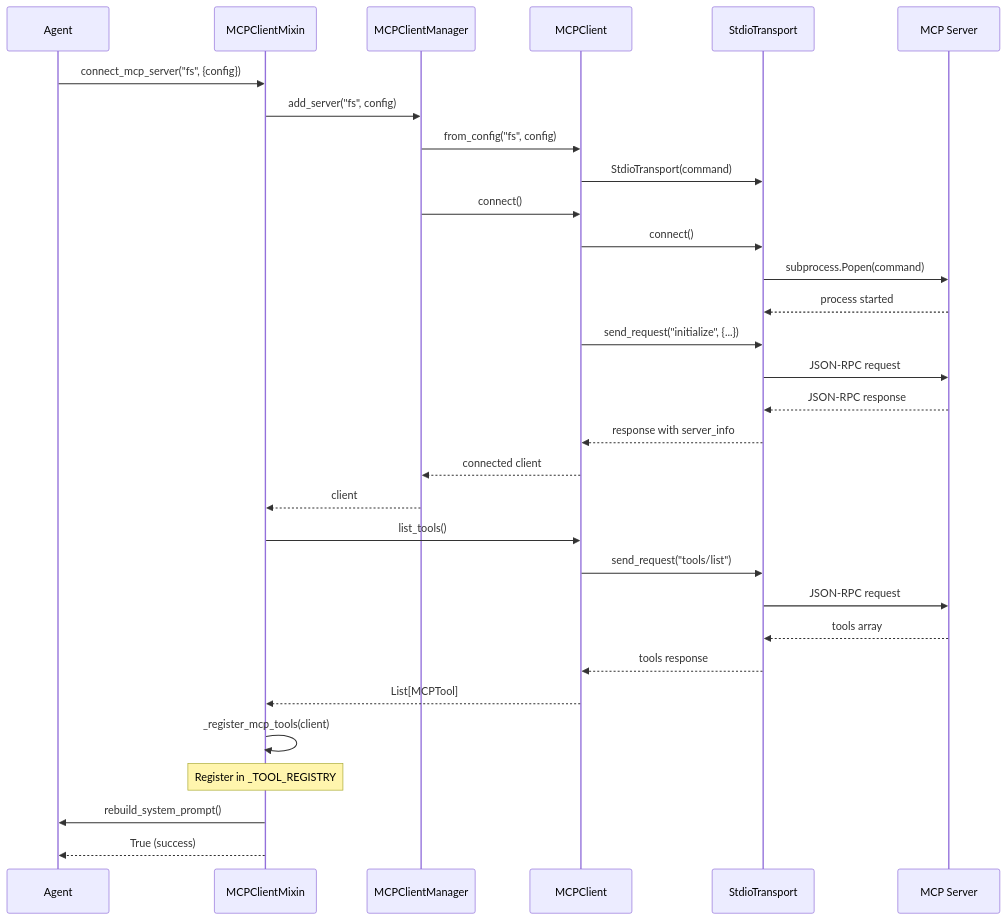
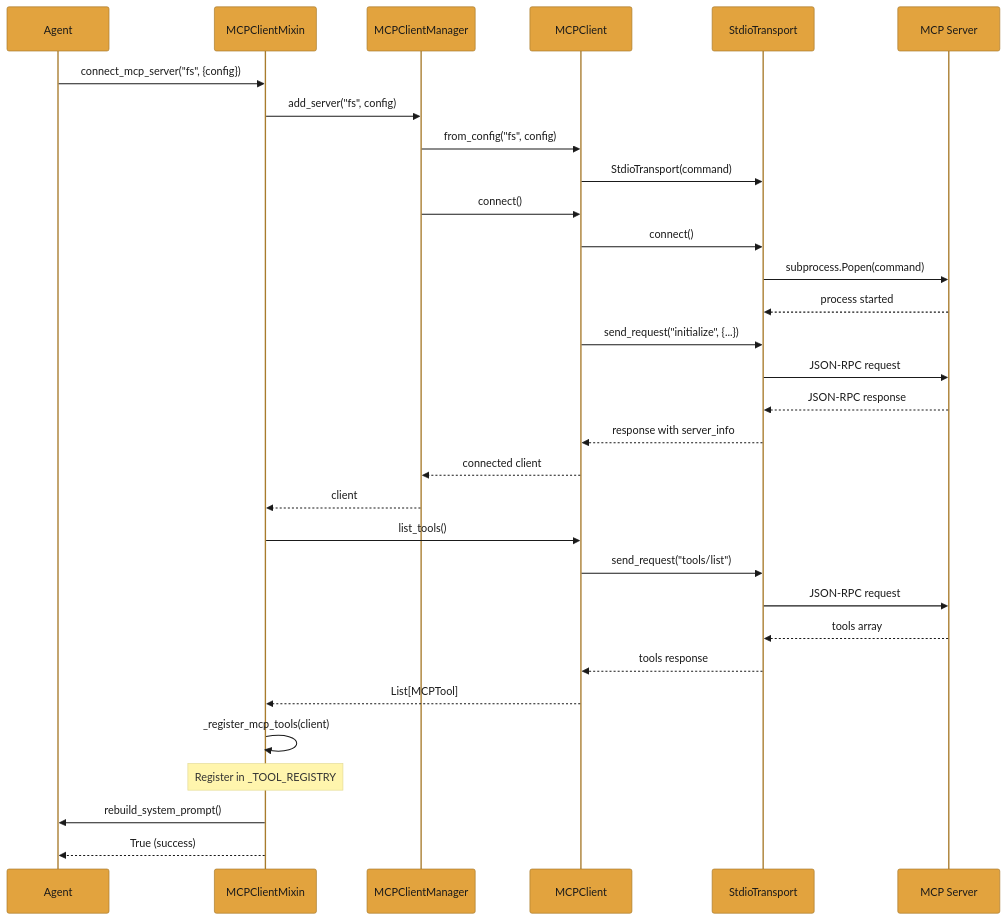
Before and after one commit to amd/gaia: the second of 2 diagrams in docs/spec/mcp-client.mdx, drawn with Mermaid. The commit also changed 32 other files, not shown here.

````diff
--- a/docs/spec/mcp-client.mdx
+++ b/docs/spec/mcp-client.mdx
@@ -1107,34 +1107,35 @@
 ```mermaid
+%%{init: {'theme':'base', 'themeVariables': { 'primaryColor':'#E2A33E', 'primaryTextColor':'#1a1a1a', 'primaryBorderColor':'#A87B2D', 'lineColor':'#EFC480', 'secondaryColor':'#2d2d2d', 'tertiaryColor':'#f5f5f5', 'fontSize':'16px', 'fontFamily': 'system-ui, -apple-system, sans-serif'}}}%%
 sequenceDiagram
     participant Agent
     participant Mixin as MCPClientMixin
     participant Manager as MCPClientManager
     participant Client as MCPClient
     participant Transport as StdioTransport
     participant Server as MCP Server
 
     Agent->>Mixin: connect_mcp_server("fs", {config})
     Mixin->>Manager: add_server("fs", config)
     Manager->>Client: from_config("fs", config)
     Client->>Transport: StdioTransport(command)
     Manager->>Client: connect()
     Client->>Transport: connect()
     Transport->>Server: subprocess.Popen(command)
     Server-->>Transport: process started
     Client->>Transport: send_request("initialize", {...})
     Transport->>Server: JSON-RPC request
     Server-->>Transport: JSON-RPC response
     Transport-->>Client: response with server_info
     Client-->>Manager: connected client
     Manager-->>Mixin: client
     Mixin->>Client: list_tools()
     Client->>Transport: send_request("tools/list")
     Transport->>Server: JSON-RPC request
     Server-->>Transport: tools array
     Transport-->>Client: tools response
     Client-->>Mixin: List[MCPTool]
     Mixin->>Mixin: _register_mcp_tools(client)
     Note over Mixin: Register in _TOOL_REGISTRY
     Mixin->>Agent: rebuild_system_prompt()
     Mixin-->>Agent: True (success)
 ```
````
